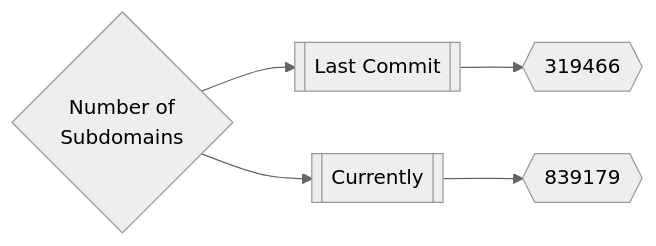
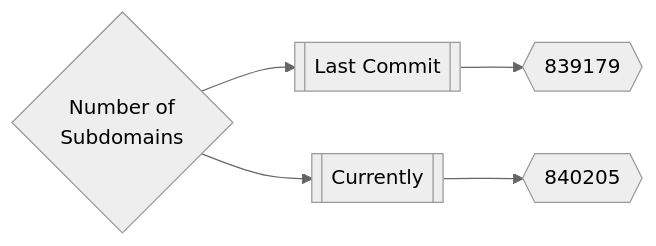
The first of 3 diagrams in README.md (trickest/inventory), drawn with Mermaid (neutral theme) before and after one commit. The commit also changed other lines of this file, not shown here.

Commit message:
Update README.md Sun May 29 14:29:46 UTC 2022

````diff
--- a/README.md
+++ b/README.md
@@ -165,5 +165,5 @@
 ```mermaid
 graph LR
-title{Number of<br>Subdomains} --> subdomainsDate1[[Last Commit]] --> subdomainsNum1{{319466}}
-title --> subdomainsDate2[[Currently]] --> subdomainsNum2{{839179}}
+title{Number of<br>Subdomains} --> subdomainsDate1[[Last Commit]] --> subdomainsNum1{{839179}}
+title --> subdomainsDate2[[Currently]] --> subdomainsNum2{{840205}}
 ```
````
